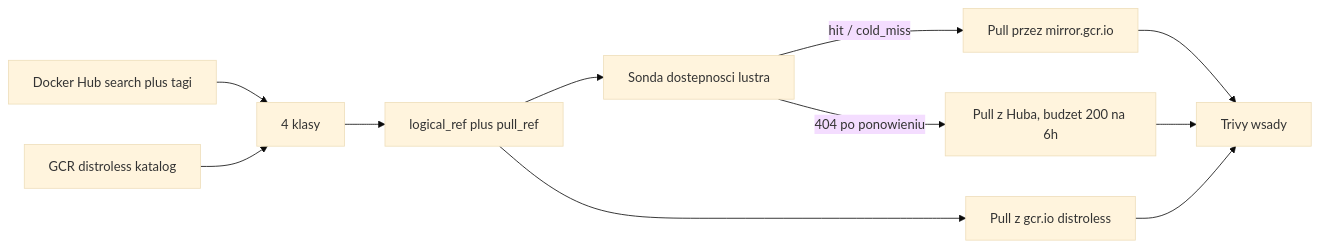
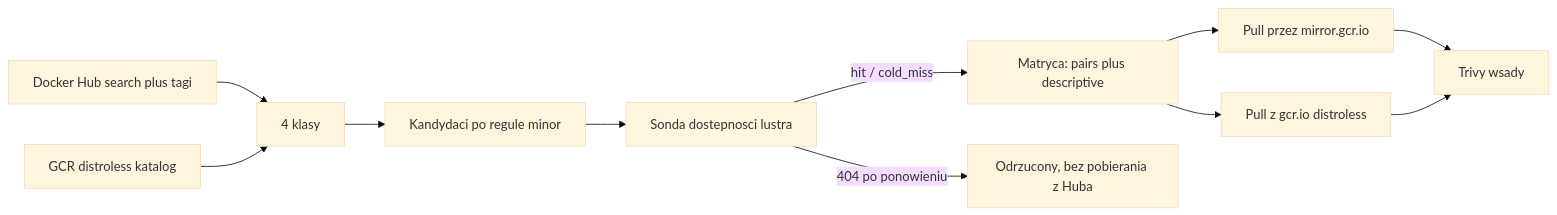
One commit to Sonic-kw/Container_Image_Analyzer changed the diagram in docs/PLAN.md. Above: the diagram before and after it, drawn with Mermaid (base theme). The commit also changed other lines of this file, not shown here.

Commit message:
docs(plan): dwie warstwy matrycy i sonda przed losowaniem

````diff
--- a/docs/PLAN.md
+++ b/docs/PLAN.md
@@ -714,13 +723,13 @@
 ```mermaid
 flowchart LR
   hub["Docker Hub search plus tagi"] --> classify["4 klasy"]
   gcr["GCR distroless katalog"] --> classify
-  classify --> matrix["logical_ref plus pull_ref"]
-  matrix --> probe["Sonda dostepnosci lustra"]
-  probe -->|"hit / cold_miss"| mirror["Pull przez mirror.gcr.io"]
-  probe -->|"404 po ponowieniu"| hubPull["Pull z Huba, budzet 200 na 6h"]
+  classify --> cand["Kandydaci po regule minor"]
+  cand --> probe["Sonda dostepnosci lustra"]
+  probe -->|"hit / cold_miss"| matrix["Matryca: pairs plus descriptive"]
+  probe -->|"404 po ponowieniu"| dropped["Odrzucony, bez pobierania z Huba"]
+  matrix --> mirror["Pull przez mirror.gcr.io"]
   matrix --> gcrPull["Pull z gcr.io distroless"]
   mirror --> trivy["Trivy wsady"]
-  hubPull --> trivy
   gcrPull --> trivy
 ```
````
